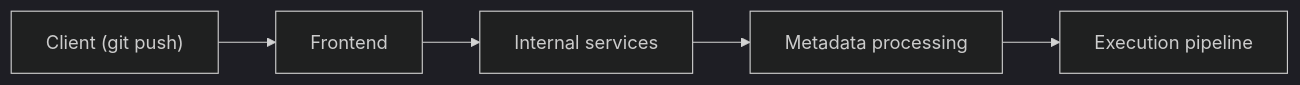
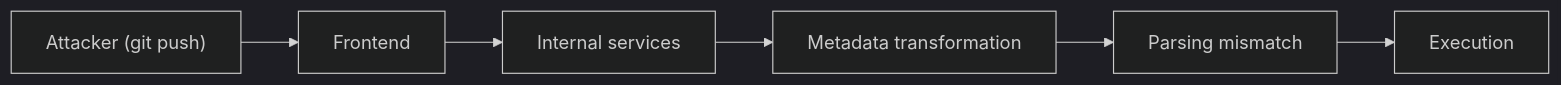
The first of 2 diagrams in cve/github/CVE-2026-3854.md (pullsec/hugo-content), drawn with Mermaid (dark theme) before and after one commit. The commit also changed other lines of this file, not shown here.

````diff
--- a/cve/github/CVE-2026-3854.md
+++ b/cve/github/CVE-2026-3854.md
@@ -116,8 +82,9 @@
 ```mermaid
 flowchart LR
-    A["Client (git push)"]
+    A["Attacker (git push)"]
         --> B["Frontend"]
         --> C["Internal services"]
-        --> D["Metadata processing"]
-        --> E["Execution pipeline"]
+        --> D["Metadata transformation"]
+        --> E["Parsing mismatch"]
+        --> F["Execution"]
 ```
````
